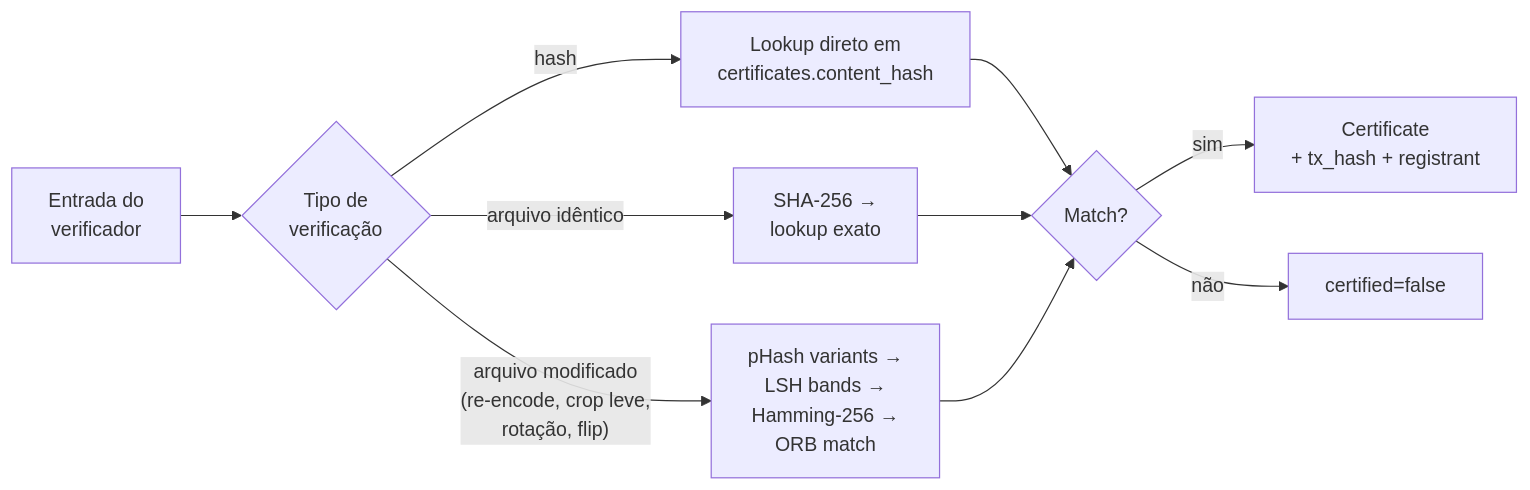
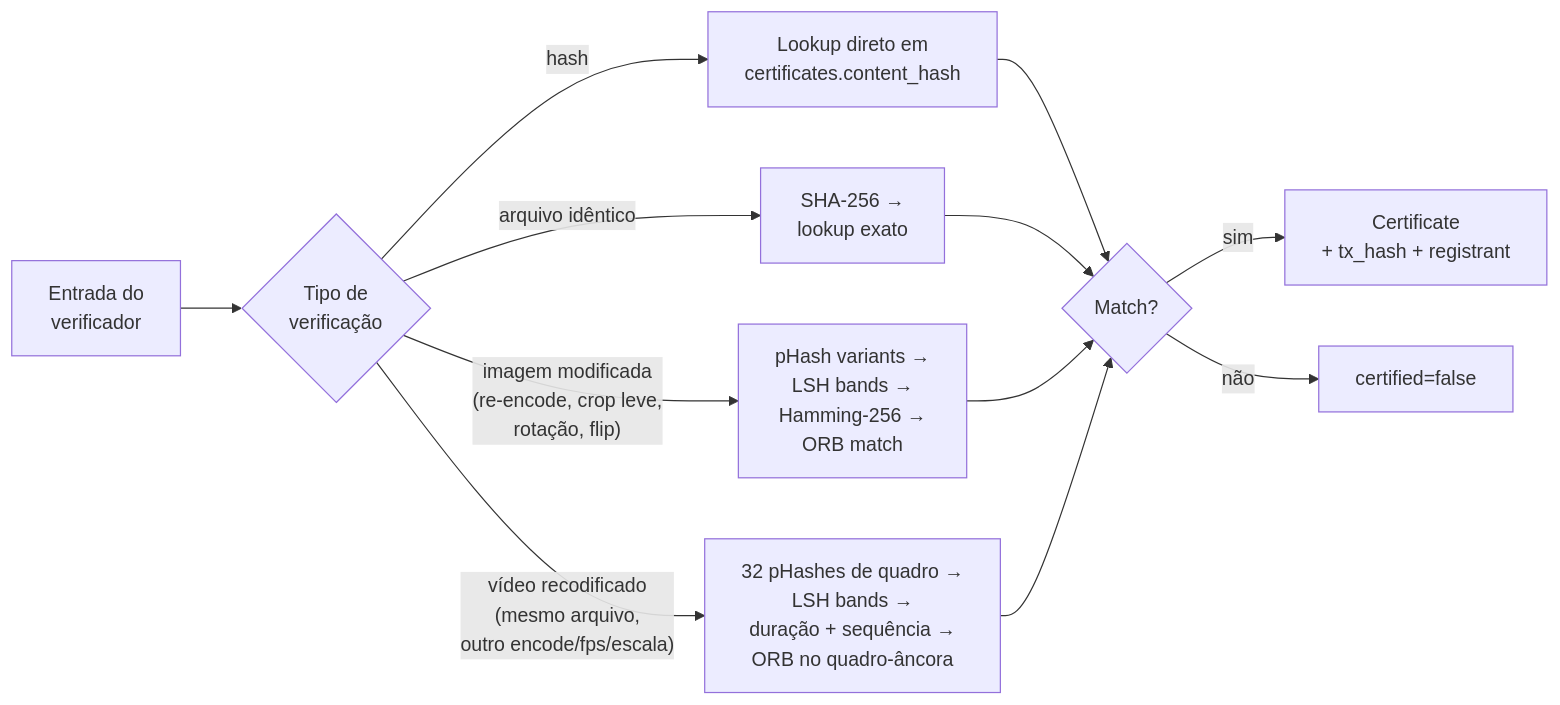
The third of 3 diagrams in docs/USAGE_FLOW.md (waizbart/aletheia-api), drawn with Mermaid before and after one commit. The commit also changed other lines of this file and 55 other files, not shown here.

First line of the commit message:
feat: certificação de vídeo (arquivo inteiro) (#22)

````diff
--- a/docs/USAGE_FLOW.md
+++ b/docs/USAGE_FLOW.md
@@ -78,15 +78,17 @@
 ```mermaid
 flowchart LR
     IN["Entrada do<br/>verificador"] --> MODE{Tipo de<br/>verificação}
 
     MODE -- "hash" --> M1["Lookup direto em<br/>certificates.content_hash"]
     MODE -- "arquivo idêntico" --> M2["SHA-256 →<br/>lookup exato"]
-    MODE -- "arquivo modificado<br/>(re-encode, crop leve,<br/>rotação, flip)" --> M3["pHash variants →<br/>LSH bands →<br/>Hamming-256 →<br/>ORB match"]
+    MODE -- "imagem modificada<br/>(re-encode, crop leve,<br/>rotação, flip)" --> M3["pHash variants →<br/>LSH bands →<br/>Hamming-256 →<br/>ORB match"]
+    MODE -- "vídeo recodificado<br/>(mesmo arquivo,<br/>outro encode/fps/escala)" --> M4["32 pHashes de quadro →<br/>LSH bands →<br/>duração + sequência →<br/>ORB no quadro-âncora"]
 
     M1 --> OUT{Match?}
     M2 --> OUT
     M3 --> OUT
+    M4 --> OUT
 
     OUT -- sim --> R1["Certificate<br/>+ tx_hash + registrant"]
     OUT -- não --> R2["certified=false"]
 ```
````
